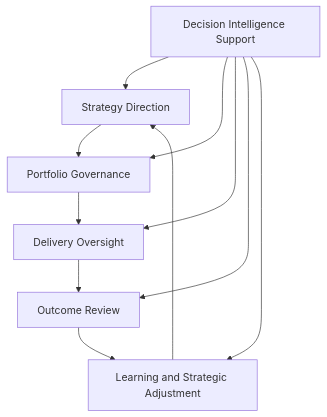
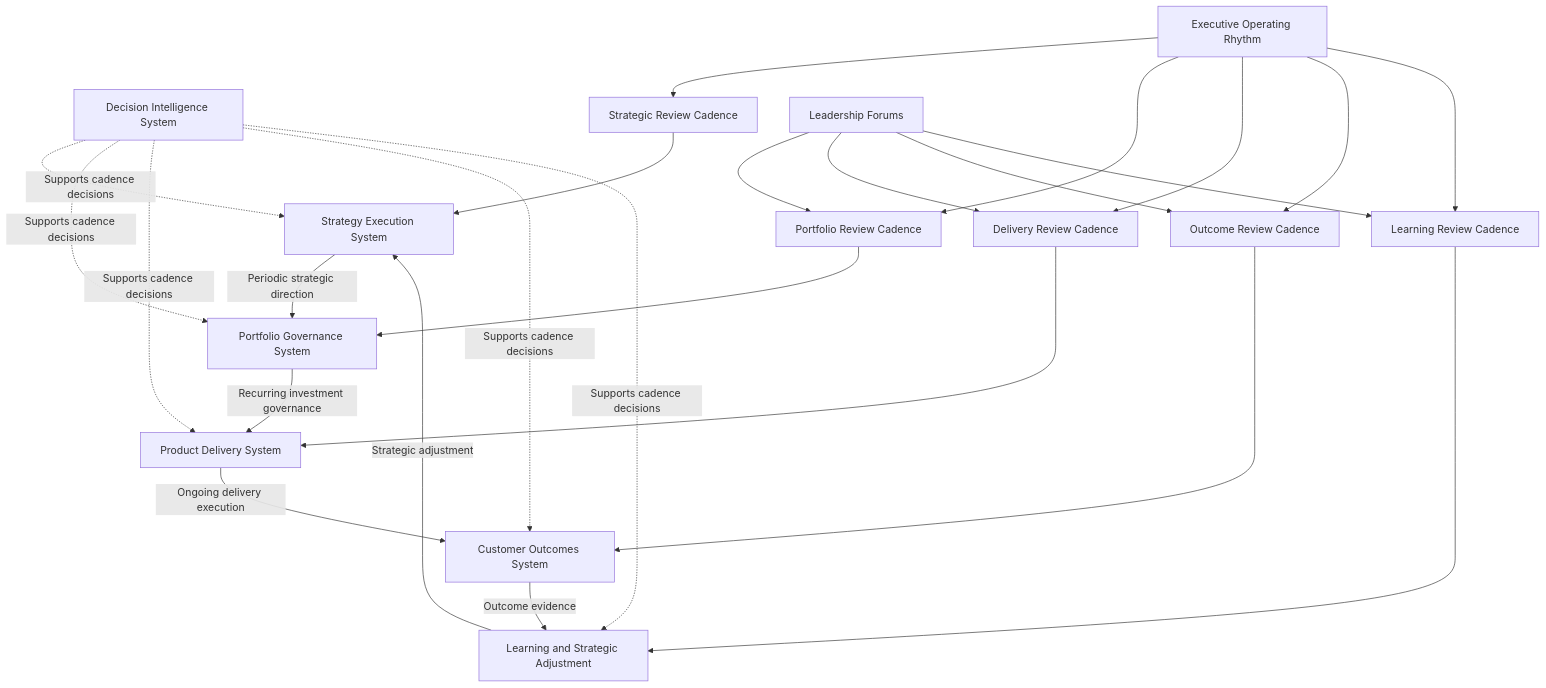
The first of 2 diagrams in frameworks/PRODUCT_LEADERSHIP_OPERATING_CADENCE.md (ChuckFerrando/product-leadership-operating-model), drawn with Mermaid before and after one commit. The commit also changed other lines of this file, not shown here.

````diff
--- a/frameworks/PRODUCT_LEADERSHIP_OPERATING_CADENCE.md
+++ b/frameworks/PRODUCT_LEADERSHIP_OPERATING_CADENCE.md
@@ -38,23 +36,48 @@
 ```mermaid
 flowchart TB
 
-    A[Strategy Direction]
-    B[Portfolio Governance]
-    C[Delivery Oversight]
-    D[Outcome Review]
-    E[Learning and Strategic Adjustment]
+    A[Strategy Execution System]
+    B[Portfolio Governance System]
+    C[Product Delivery System]
+    D[Customer Outcomes System]
+    J[Learning and Strategic Adjustment]
 
-    F[Decision Intelligence Support]
+    A -->|Periodic strategic direction| B
+    B -->|Recurring investment governance| C
+    C -->|Ongoing delivery execution| D
+    D -->|Outcome evidence| J
+    J -->|Strategic adjustment| A
 
-    A --> B
-    B --> C
-    C --> D
-    D --> E
-    E --> A
+    E[Decision Intelligence System]
+    E -.Supports cadence decisions.-> A
+    E -.Supports cadence decisions.-> B
+    E -.Supports cadence decisions.-> C
+    E -.Supports cadence decisions.-> D
+    E -.Supports cadence decisions.-> J
+
+    F[Strategic Review Cadence]
+    G[Portfolio Review Cadence]
+    H[Delivery Review Cadence]
+    I[Outcome Review Cadence]
+    K[Learning Review Cadence]
 
     F --> A
-    F --> B
-    F --> C
-    F --> D
-    F --> E
+    G --> B
+    H --> C
+    I --> D
+    K --> J
+
+    L[Executive Operating Rhythm]
+    M[Leadership Forums]
+
+    L --> F
+    L --> G
+    L --> H
+    L --> I
+    L --> K
+
+    M --> G
+    M --> H
+    M --> I
+    M --> K
 ```
````
